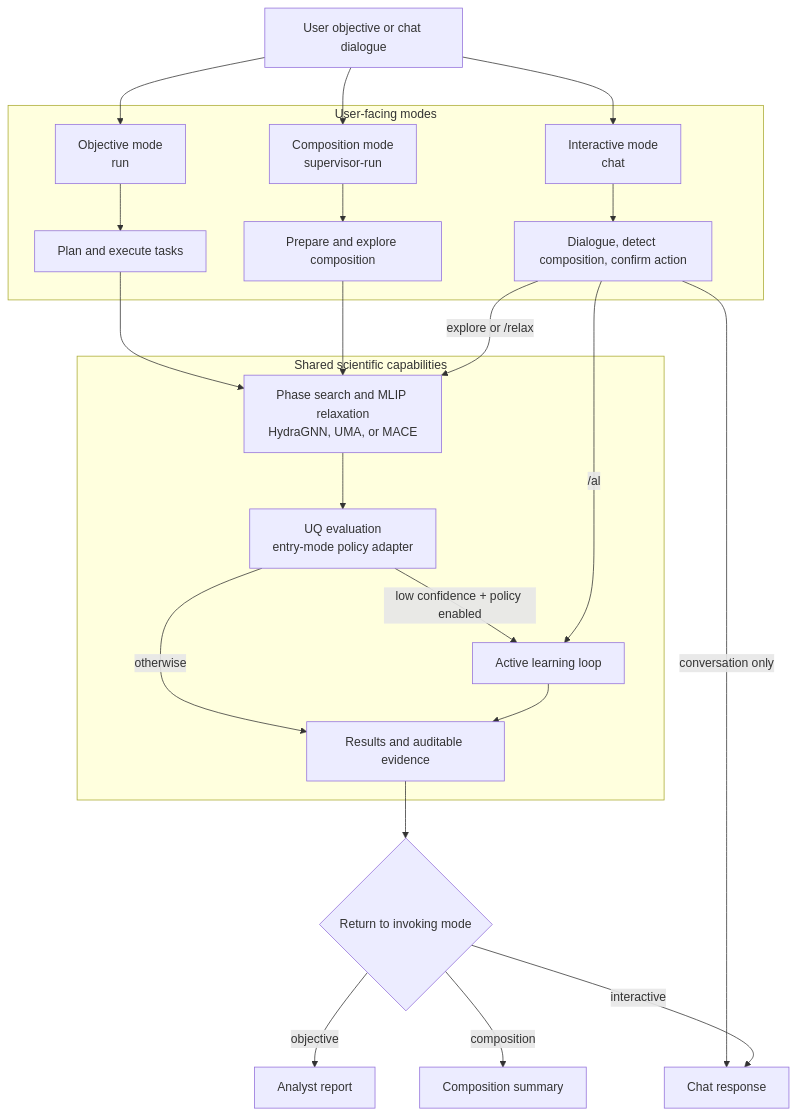
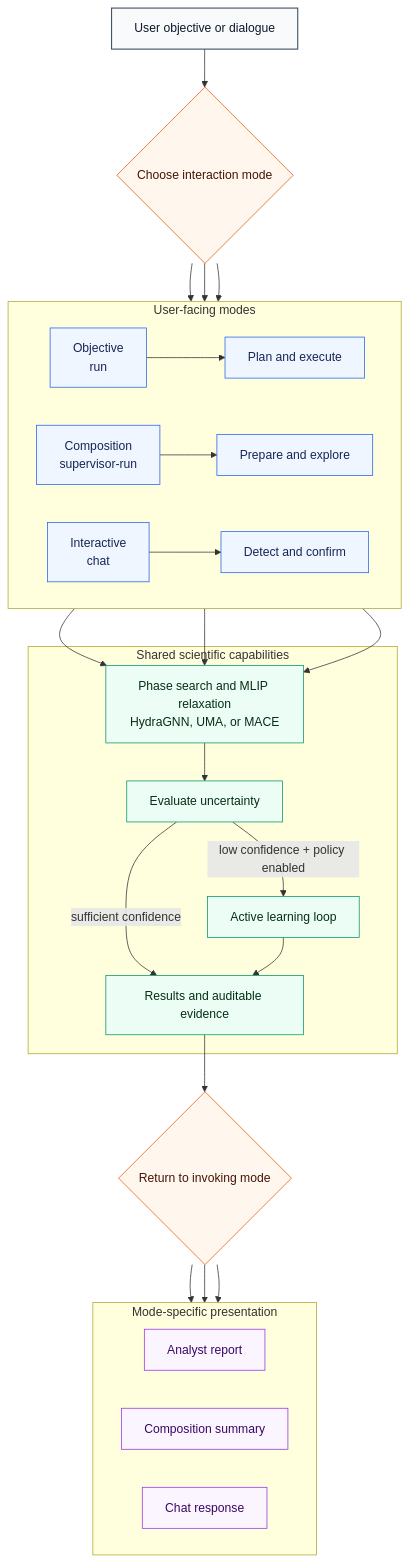
Before and after one commit to ORNL/matsim-agents: the diagram in README.md, drawn with Mermaid. The commit also changed 3 other files, not shown here.

Commit message:
Polish workflow diagram layout

````diff
--- a/README.md
+++ b/README.md
@@ -84,37 +84,55 @@
 ```mermaid
 flowchart TD
-    U[User objective or chat dialogue]
+    U[User objective or dialogue] --> G{Choose interaction mode}
 
     subgraph MODES[User-facing modes]
-      O[Objective mode<br/>run] --> OP[Plan and execute tasks]
-      P[Composition mode<br/>supervisor-run] --> PP[Prepare and explore composition]
-      I[Interactive mode<br/>chat] --> IP[Dialogue, detect composition, confirm action]
+      direction LR
+      O[Objective<br/>run] --> OP[Plan and execute]
+      P[Composition<br/>supervisor-run] --> PP[Prepare and explore]
+      I[Interactive<br/>chat] --> IP[Detect and confirm]
     end
 
-    U --> O
-    U --> P
-    U --> I
+    G --> O
+    G --> P
+    G --> I
+
+    OP --> X
+    PP --> X
+    IP --> X
 
     subgraph SCIENCE[Shared scientific capabilities]
       X[Phase search and MLIP relaxation<br/>HydraGNN, UMA, or MACE]
-      Q[UQ evaluation<br/>entry-mode policy adapter]
+      Q[Evaluate uncertainty]
       AL[Active learning loop]
       E[Results and auditable evidence]
 
       X --> Q
       Q -->|low confidence + policy enabled| AL
-      Q -->|otherwise| E
+      Q -->|sufficient confidence| E
       AL --> E
     end
 
-    OP --> X
-    PP --> X
-    IP -->|explore or /relax| X
-    IP -->|/al| AL
-    IP -->|conversation only| IR[Chat response]
+    E --> R{Return to invoking mode}
 
-    E --> R{Return to invoking mode}
-    R -->|objective| OA[Analyst report]
-    R -->|composition| PS[Composition summary]
-    R -->|interactive| IR
+    subgraph OUTPUTS[Mode-specific presentation]
+      direction LR
+      OA[Analyst report]
+      PS[Composition summary]
+      IR[Chat response]
+    end
+
+    R --> OA
+    R --> PS
+    R --> IR
+
+    classDef entry fill:#f8fafc,stroke:#475569,color:#0f172a,stroke-width:1.5px
+    classDef mode fill:#eff6ff,stroke:#2563eb,color:#172554
+    classDef science fill:#ecfdf5,stroke:#059669,color:#052e16
+    classDef decision fill:#fff7ed,stroke:#ea580c,color:#431407
+    classDef output fill:#faf5ff,stroke:#9333ea,color:#3b0764
+    class U entry
+    class G,R decision
+    class O,OP,P,PP,I,IP mode
+    class X,Q,AL,E science
+    class OA,PS,IR output
 ```
````
